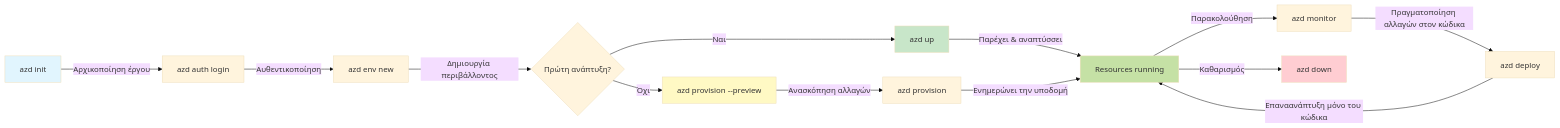
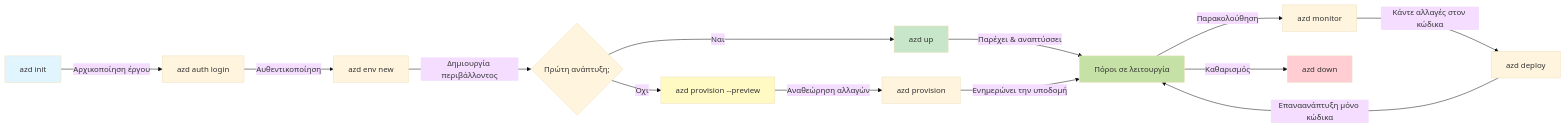
Before and after one commit to microsoft/AZD-for-beginners: the first of 2 diagrams in translations/el/docs/chapter-01-foundation/azd-basics.md, drawn with Mermaid (base theme). The commit also changed other lines of this file and 104 other files, not shown here.

````diff
--- a/translations/el/docs/chapter-01-foundation/azd-basics.md
+++ b/translations/el/docs/chapter-01-foundation/azd-basics.md
@@ -269,21 +269,21 @@
 ```mermaid
 graph LR
     A[azd init] -->|Αρχικοποίηση έργου| B[azd auth login]
     B -->|Αυθεντικοποίηση| C[azd env new]
-    C -->|Δημιουργία περιβάλλοντος| D{Πρώτη ανάπτυξη?}
+    C -->|Δημιουργία περιβάλλοντος| D{Πρώτη ανάπτυξη;}
     D -->|Ναι| E[azd up]
     D -->|Όχι| F[azd provision --preview]
-    F -->|Ανασκόπηση αλλαγών| G[azd provision]
-    E -->|Παρέχει & αναπτύσσει| H[Resources running]
+    F -->|Αναθεώρηση αλλαγών| G[azd provision]
+    E -->|Παρέχει & αναπτύσσει| H[Πόροι σε λειτουργία]
     G -->|Ενημερώνει την υποδομή| H
     H -->|Παρακολούθηση| I[azd monitor]
-    I -->|Πραγματοποίηση αλλαγών στον κώδικα| J[azd deploy]
-    J -->|Επαναανάπτυξη μόνο του κώδικα| H
+    I -->|Κάντε αλλαγές στον κώδικα| J[azd deploy]
+    J -->|Επαναανάπτυξη μόνο κώδικα| H
     H -->|Καθαρισμός| K[azd down]
     
     style A fill:#e1f5fe
     style E fill:#c8e6c9
     style F fill:#fff9c4
     style H fill:#c5e1a5
     style K fill:#ffcdd2
 ```
````
